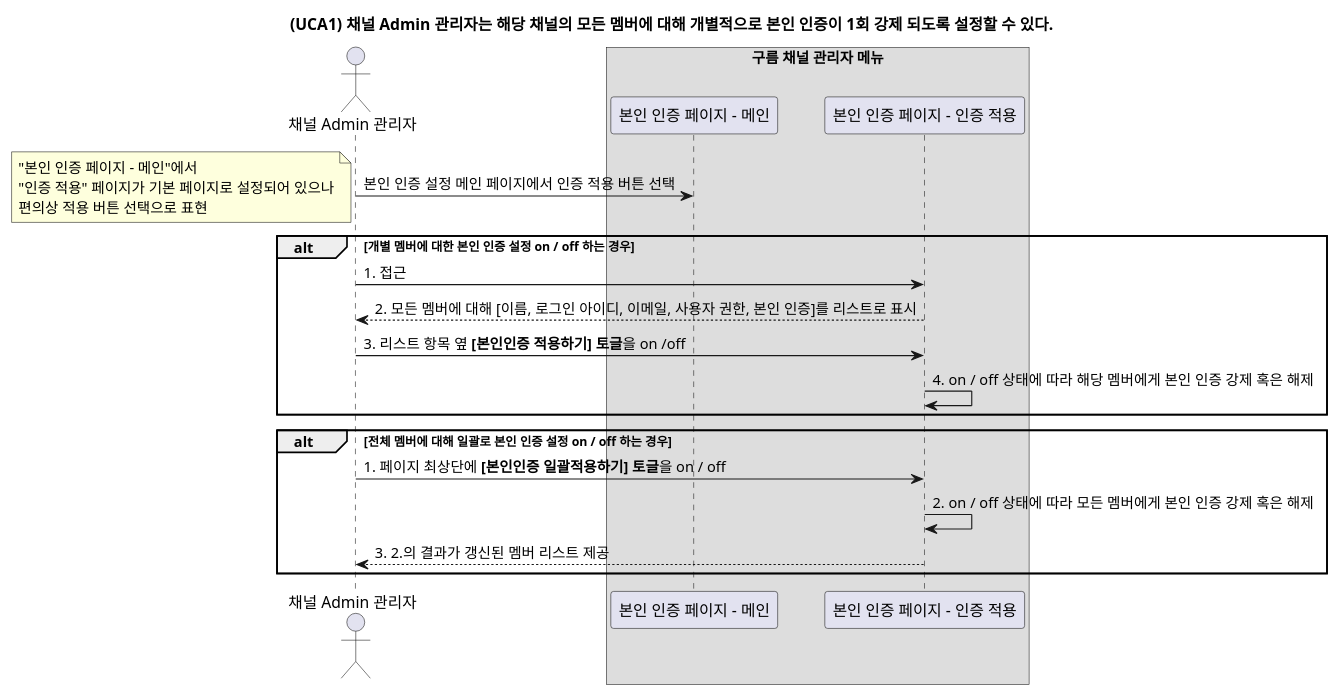
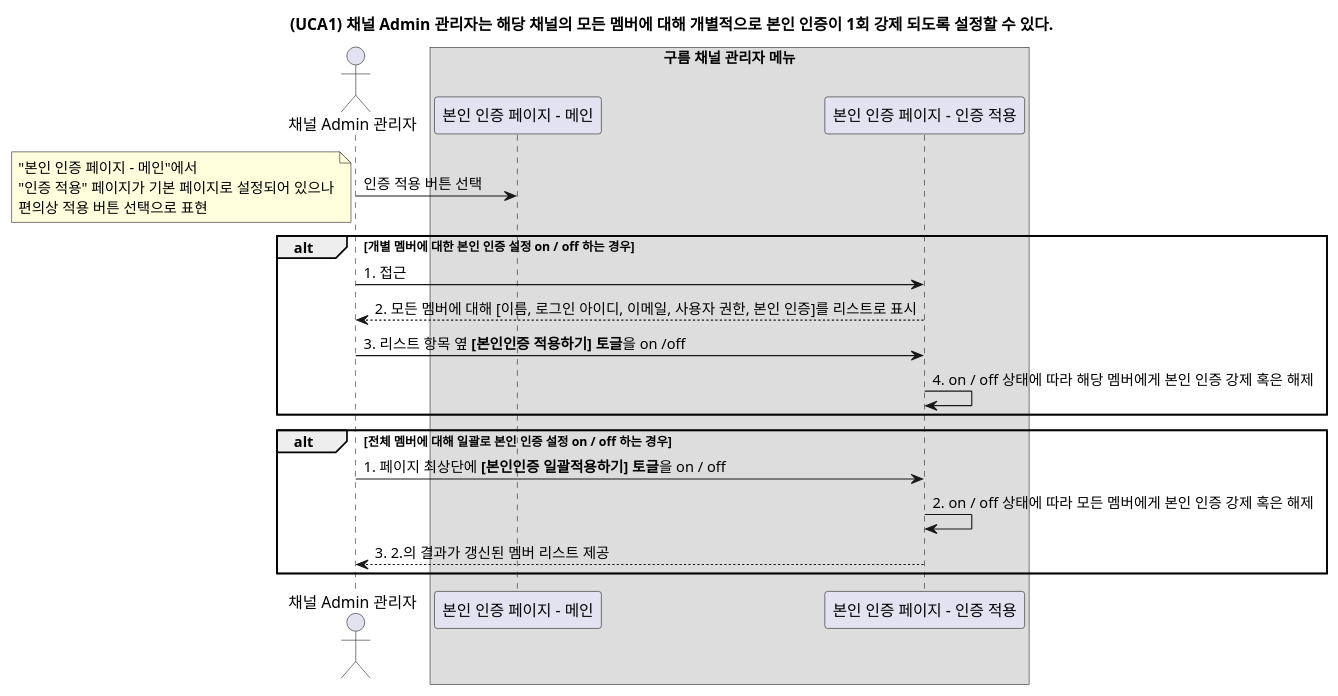
The diagram in 본인인증기획/시퀀스 다이어그램/UCA1.puml (YoonsooOh/tech-study), drawn with PlantUML before and after one commit. The commit also changed 1 other file, not shown here.

```diff
--- a/본인인증기획/시퀀스 다이어그램/UCA1.puml
+++ b/본인인증기획/시퀀스 다이어그램/UCA1.puml
@@ -1,32 +1,32 @@
 @startuml
 
 title (UCA1) 채널 Admin 관리자는 해당 채널의 모든 멤버에 대해 개별적으로 본인 인증이 1회 강제 되도록 설정할 수 있다.
 
 actor "채널 Admin 관리자"
 
 box "구름 채널 관리자 메뉴"
 participant "본인 인증 페이지 - 메인"
 participant "본인 인증 페이지 - 인증 적용"
 endbox
 
-"채널 Admin 관리자" -> "본인 인증 페이지 - 메인" : 본인 인증 설정 메인 페이지에서 인증 적용 버튼 선택
+"채널 Admin 관리자" -> "본인 인증 페이지 - 메인" : 인증 적용 버튼 선택
 note left
 "본인 인증 페이지 - 메인"에서
 "인증 적용" 페이지가 기본 페이지로 설정되어 있으나
 편의상 적용 버튼 선택으로 표현
 end note
 
 
 alt 개별 멤버에 대한 본인 인증 설정 on / off 하는 경우
 "채널 Admin 관리자" -> "본인 인증 페이지 - 인증 적용" : 1. 접근
 "본인 인증 페이지 - 인증 적용" --> "채널 Admin 관리자" : 2. 모든 멤버에 대해 [이름, 로그인 아이디, 이메일, 사용자 권한, 본인 인증]를 리스트로 표시
 "채널 Admin 관리자" -> "본인 인증 페이지 - 인증 적용" : 3. 리스트 항목 옆 **[본인인증 적용하기] 토글**을 on /off
 "본인 인증 페이지 - 인증 적용" -> "본인 인증 페이지 - 인증 적용" : 4. on / off 상태에 따라 해당 멤버에게 본인 인증 강제 혹은 해제
 end
 
 alt 전체 멤버에 대해 일괄로 본인 인증 설정 on / off 하는 경우
 "채널 Admin 관리자" -> "본인 인증 페이지 - 인증 적용" : 1. 페이지 최상단에 **[본인인증 일괄적용하기] 토글**을 on / off
 "본인 인증 페이지 - 인증 적용" -> "본인 인증 페이지 - 인증 적용" : 2. on / off 상태에 따라 모든 멤버에게 본인 인증 강제 혹은 해제
 "본인 인증 페이지 - 인증 적용" --> "채널 Admin 관리자" : 3. 2.의 결과가 갱신된 멤버 리스트 제공
 end
 @enduml
```
